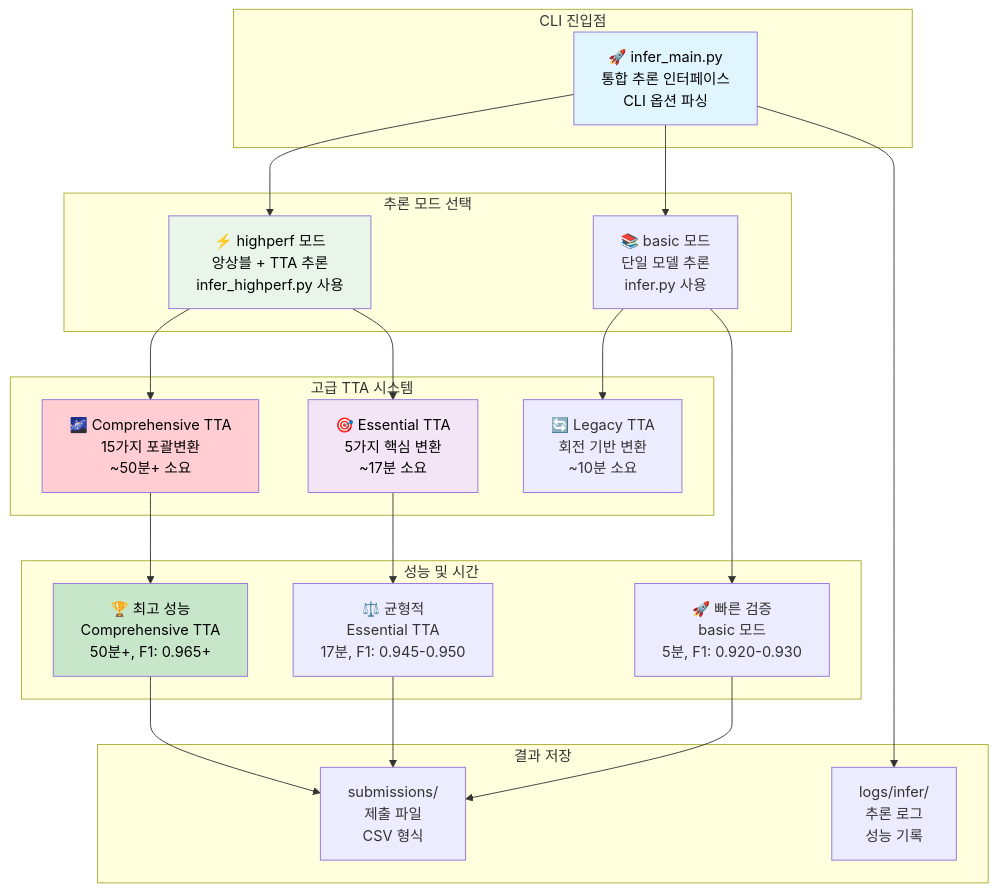
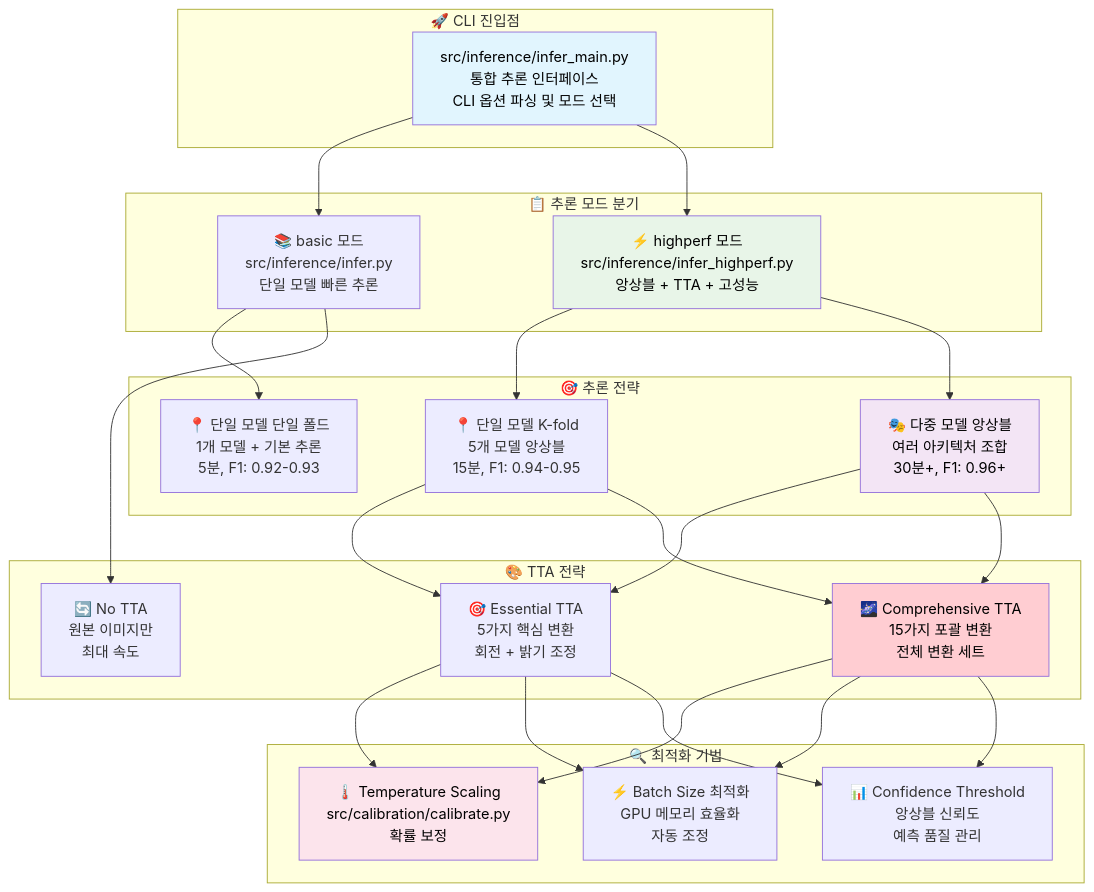
Before and after one commit to nimnusmik/CV_documents_classification_competition: the first of 5 diagrams in docs/파이프라인/추론_파이프라인_가이드.md, drawn with Mermaid. The commit also changed other lines of this file and 3 other files, not shown here.

````diff
--- a/docs/파이프라인/추론_파이프라인_가이드.md
+++ b/docs/파이프라인/추론_파이프라인_가이드.md
@@ -5,51 +5,41 @@
 ```mermaid
-graph TB
-    subgraph "CLI 진입점"
-        A[🚀 infer_main.py<br/>통합 추론 인터페이스<br/>CLI 옵션 파싱]
+flowchart TB
+    subgraph CLI["🚀 CLI 진입점"]
+        A["src/inference/infer_main.py<br/>통합 추론 인터페이스<br/>CLI 옵션 파싱 및 모드 선택"]
     end
     
-    subgraph "추론 모드 선택"
-        B[📚 basic 모드<br/>단일 모델 추론<br/>infer.py 사용]
-        C[⚡ highperf 모드<br/>앙상블 + TTA 추론<br/>infer_highperf.py 사용]
+    subgraph MODES["📋 추론 모드 분기"]
+        B["📚 basic 모드<br/>src/inference/infer.py<br/>단일 모델 빠른 추론"]
+        C["⚡ highperf 모드<br/>src/inference/infer_highperf.py<br/>앙상블 + TTA + 고성능"]
     end
     
-    subgraph "고급 TTA 시스템"
-        D[🎯 Essential TTA<br/>5가지 핵심 변환<br/>~17분 소요]
-        E[🌌 Comprehensive TTA<br/>15가지 포괄변환<br/>~50분+ 소요]
-        F[🔄 Legacy TTA<br/>회전 기반 변환<br/>~10분 소요]
+    subgraph INFERENCE["🎯 추론 전략"]
+        D["📍 단일 모델 단일 폴드<br/>1개 모델 + 기본 추론<br/>5분, F1: 0.92-0.93"]
+        E["📍 단일 모델 K-fold<br/>5개 모델 앙상블<br/>15분, F1: 0.94-0.95"]
+        F["🎭 다중 모델 앙상블<br/>여러 아키텍처 조합<br/>30분+, F1: 0.96+"]
     end
     
-    subgraph "성능 및 시간"
-        G[🚀 빠른 검증<br/>basic 모드<br/>5분, F1: 0.920-0.930]
-        H[⚖️ 균형적<br/>Essential TTA<br/>17분, F1: 0.945-0.950]
-        I[🏆 최고 성능<br/>Comprehensive TTA<br/>50분+, F1: 0.965+]
+    subgraph TTA["🎨 TTA 전략"]
+        G["🎯 Essential TTA<br/>5가지 핵심 변환<br/>회전 + 밝기 조정"]
+        H["🌌 Comprehensive TTA<br/>15가지 포괄 변환<br/>전체 변환 세트"]
+        I["🔄 No TTA<br/>원본 이미지만<br/>최대 속도"]
     end
     
-    subgraph "결과 저장"
-        J[submissions/<br/>제출 파일<br/>CSV 형식]
-        K[logs/infer/<br/>추론 로그<br/>성능 기록]
+    subgraph OPTIM["🔍 최적화 기법"]
+        J["🌡️ Temperature Scaling<br/>src/calibration/calibrate.py<br/>확률 보정"]
+        K["⚡ Batch Size 최적화<br/>GPU 메모리 효율화<br/>자동 조정"]
+        L["📊 Confidence Threshold<br/>앙상블 신뢰도<br/>예측 품질 관리"]
     end
     
-    A --> B
-    A --> C
-    
-    B --> F
-    C --> D
-    C --> E
-    
-    B --> G
-    D --> H
-    E --> I
-    
-    G --> J
-    H --> J
-    I --> J
-    
-    A --> K
+    A --> B & C
+    B --> D & I
+    C --> E & F
+    E & F --> G & H
+    G & H --> J & K & L
     
     style A fill:#e1f5fe, color:#000000
     style C fill:#e8f5e8, color:#000000
-    style D fill:#f3e5f5, color:#000000
-    style E fill:#ffcdd2, color:#000000
-    style I fill:#c8e6c9, color:#000000
+    style F fill:#f3e5f5, color:#000000
+    style H fill:#ffcdd2, color:#000000
+    style J fill:#fce4ec, color:#000000
 ```
````
